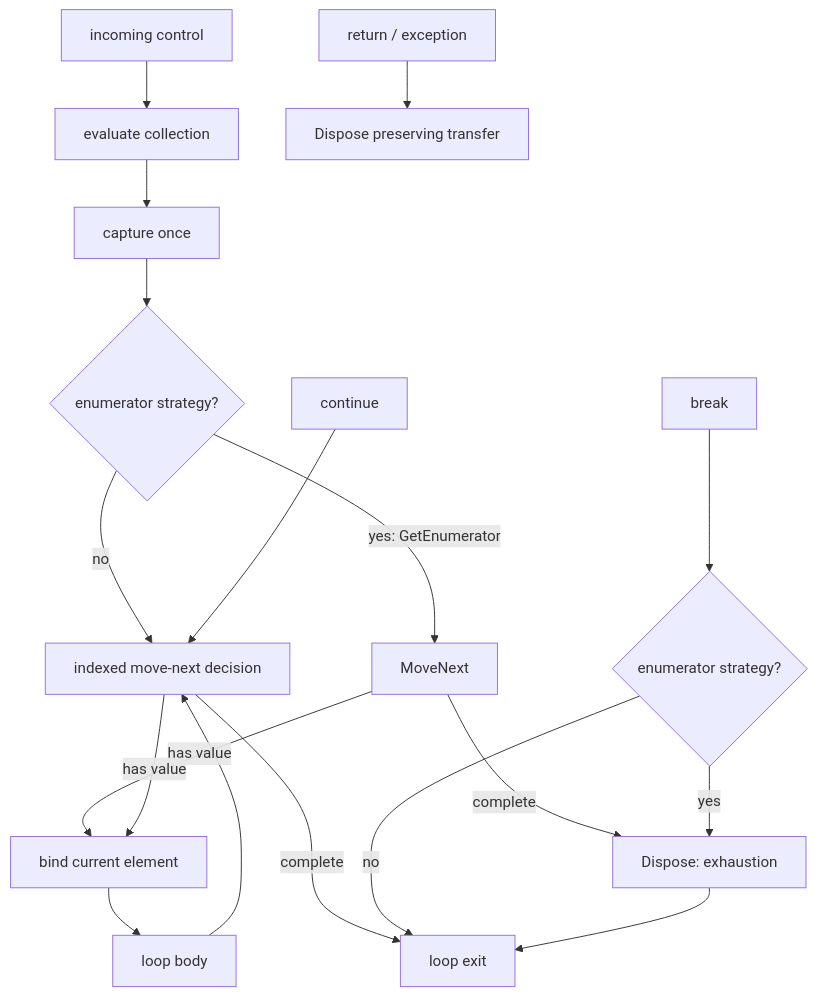
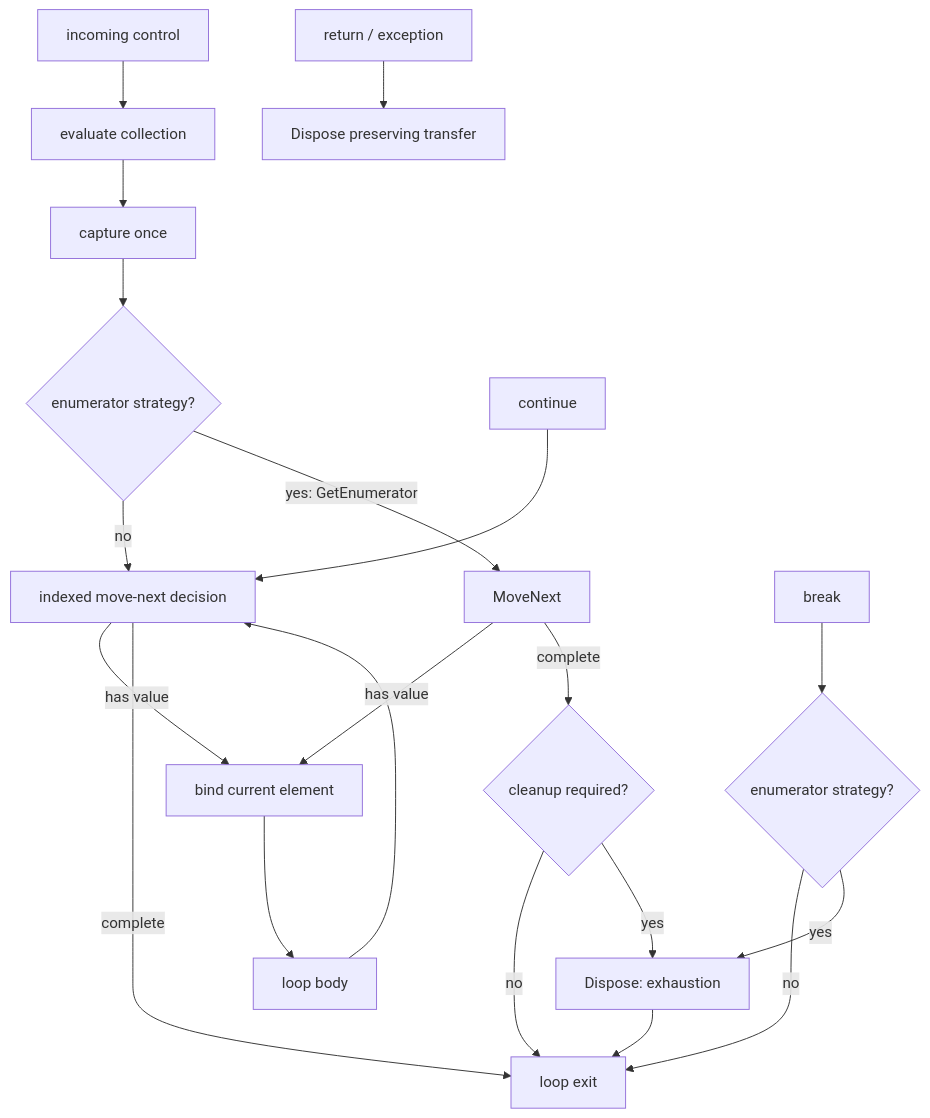
Before and after one commit to whisper3zzz/FinareScript: the diagram in docs/FOREACH_LOOPS.md, drawn with Mermaid. The commit also changed other lines of this file and 30 other files, not shown here.

````diff
--- a/docs/FOREACH_LOOPS.md
+++ b/docs/FOREACH_LOOPS.md
@@ -79,20 +89,22 @@
 ```mermaid
 flowchart TD
     Incoming["incoming control"] --> Collection["evaluate collection"]
     Collection --> Capture["capture once"]
     Capture --> Acquire{"enumerator strategy?"}
     Acquire -->|"no"| MoveNext["indexed move-next decision"]
     Acquire -->|"yes: GetEnumerator"| EnumMoveNext["MoveNext"]
     EnumMoveNext -->|"has value"| Current
-    EnumMoveNext -->|"complete"| DisposeNormal["Dispose: exhaustion"]
+    EnumMoveNext -->|"complete"| CleanupDecision{"cleanup required?"}
+    CleanupDecision -->|"no"| Exit
+    CleanupDecision -->|"yes"| DisposeNormal["Dispose: exhaustion"]
     MoveNext -->|"has value"| Current["bind current element"]
     Current --> Body["loop body"]
     Body --> MoveNext
     Continue["continue"] --> MoveNext
     MoveNext -->|complete| Exit["loop exit"]
     Break["break"] --> DisposeOrExit{"enumerator strategy?"}
     DisposeOrExit -->|"no"| Exit
     DisposeOrExit -->|"yes"| DisposeNormal
     DisposeNormal --> Exit
     ReturnOrThrow["return / exception"] --> DisposeTransfer["Dispose preserving transfer"]
 ```
````
